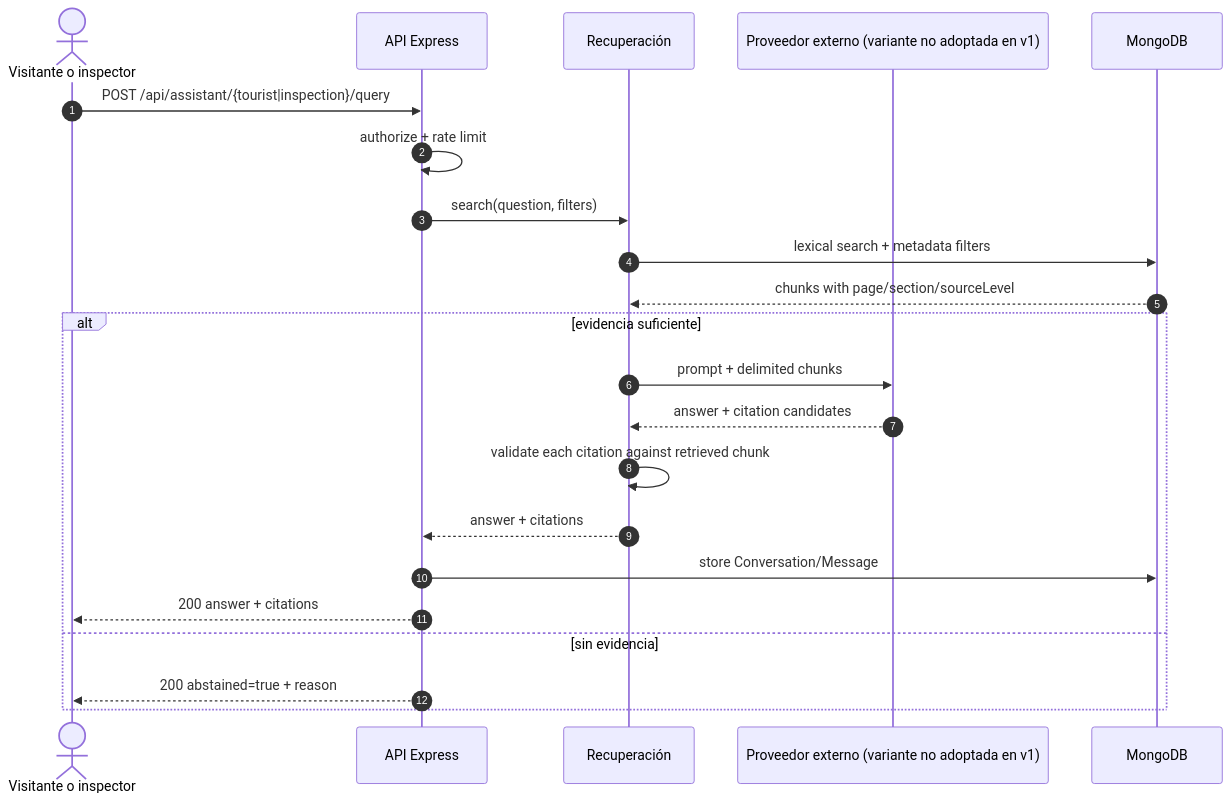
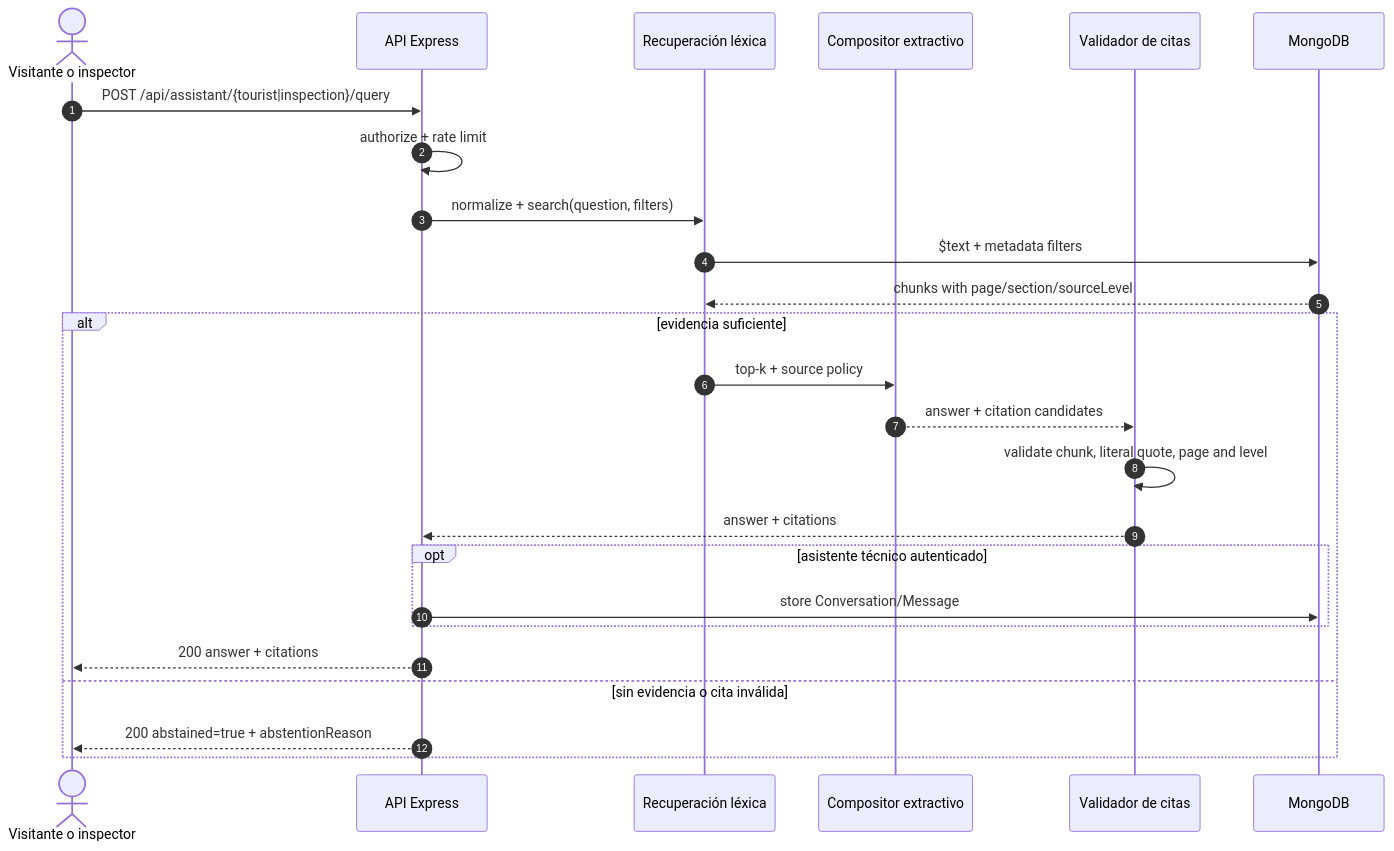
The eighth of 10 diagrams in docs/CASOS-USO.md (Isaacoronam/FalconSync), drawn with Mermaid before and after one commit. The commit also changed other lines of this file and 21 other files, not shown here.

````diff
--- a/docs/CASOS-USO.md
+++ b/docs/CASOS-USO.md
@@ -767,25 +768,28 @@
 ```mermaid
 sequenceDiagram
     autonumber
     actor U as Visitante o inspector
     participant API as API Express
-    participant RAG as Recuperación
-    participant LLM as Proveedor externo (variante no adoptada en v1)
+    participant RAG as Recuperación léxica
+    participant CMP as Compositor extractivo
+    participant VAL as Validador de citas
     participant DB as MongoDB
 
     U->>API: POST /api/assistant/{tourist|inspection}/query
     API->>API: authorize + rate limit
-    API->>RAG: search(question, filters)
-    RAG->>DB: lexical search + metadata filters
+    API->>RAG: normalize + search(question, filters)
+    RAG->>DB: $text + metadata filters
     DB-->>RAG: chunks with page/section/sourceLevel
     alt evidencia suficiente
-        RAG->>LLM: prompt + delimited chunks
-        LLM-->>RAG: answer + citation candidates
-        RAG->>RAG: validate each citation against retrieved chunk
-        RAG-->>API: answer + citations
-        API->>DB: store Conversation/Message
+        RAG->>CMP: top-k + source policy
+        CMP-->>VAL: answer + citation candidates
+        VAL->>VAL: validate chunk, literal quote, page and level
+        VAL-->>API: answer + citations
+        opt asistente técnico autenticado
+            API->>DB: store Conversation/Message
+        end
         API-->>U: 200 answer + citations
-    else sin evidencia
-        API-->>U: 200 abstained=true + reason
+    else sin evidencia o cita inválida
+        API-->>U: 200 abstained=true + abstentionReason
     end
 ```
````
